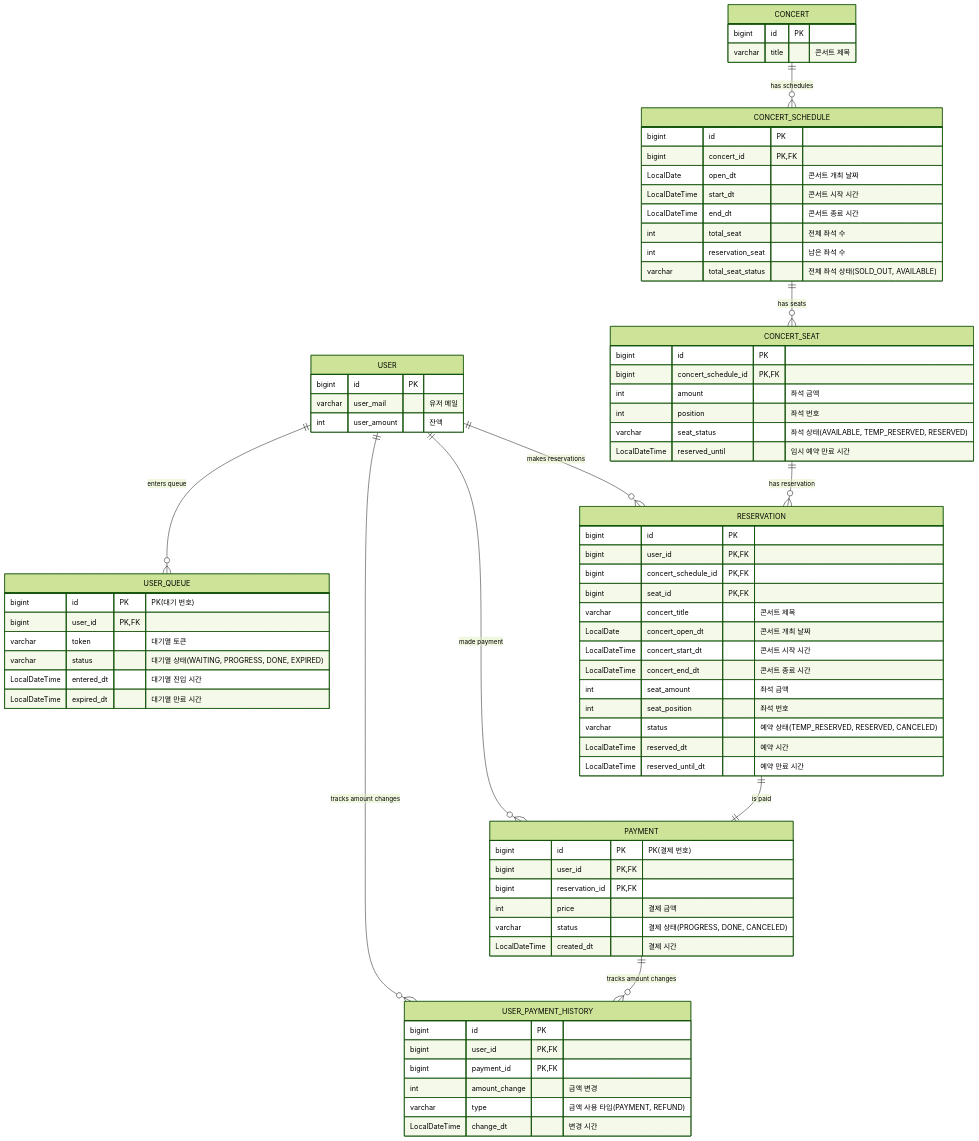
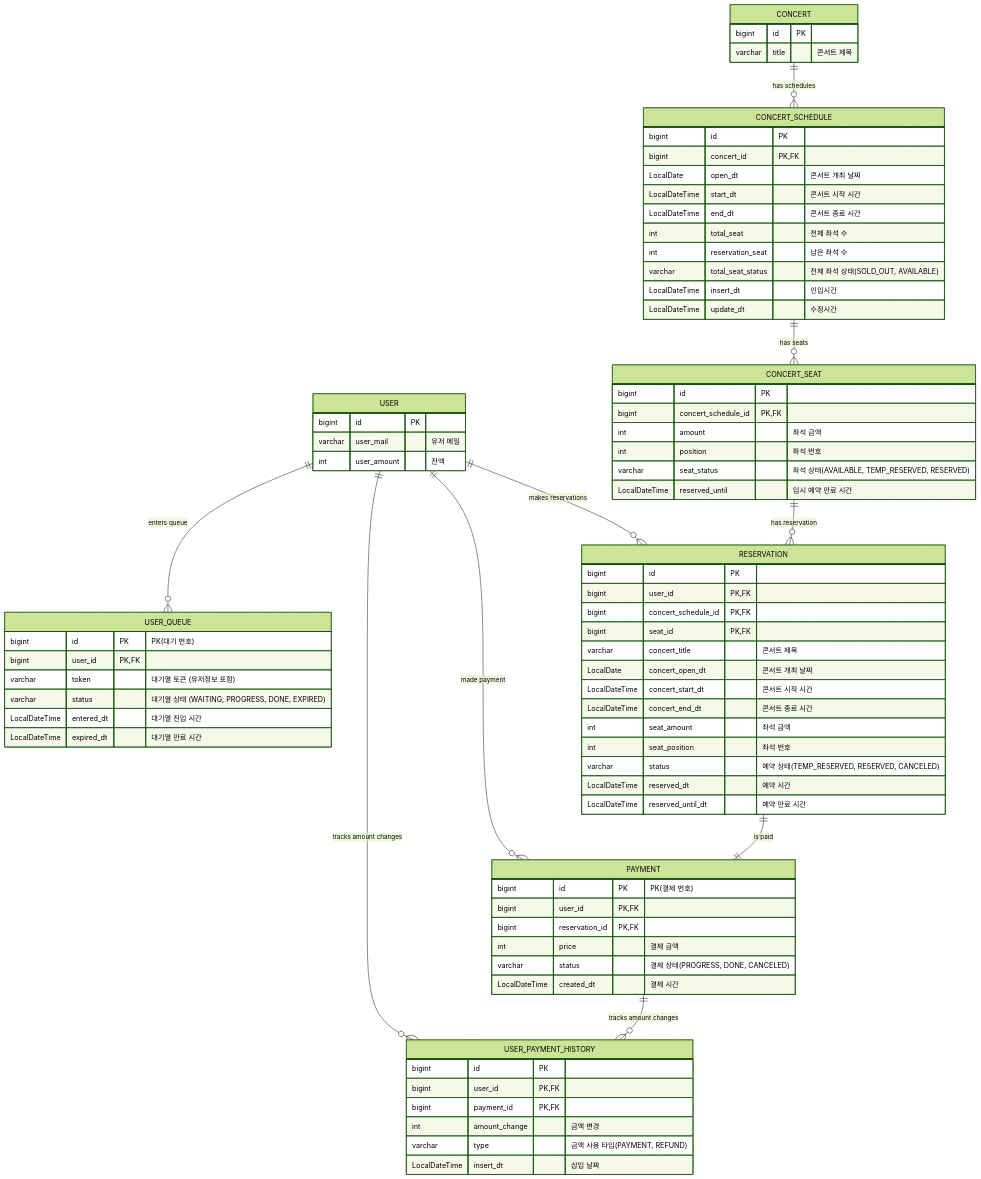
Before and after one commit to Cheondongmin/concert-java: the diagram in docs/erd.md, drawn with Mermaid (forest theme).

Commit message:
fix: erd 수정

```diff
--- a/docs/erd.md
+++ b/docs/erd.md
@@ -12,8 +12,8 @@
     USER_QUEUE {
         bigint id PK "PK(대기 번호)"
         bigint user_id PK, FK
-        varchar token "대기열 토큰"
-        varchar status "대기열 상태(WAITING, PROGRESS, DONE, EXPIRED)"
+        varchar token "대기열 토큰 (유저정보 포함)"
+        varchar status "대기열 상태 (WAITING, PROGRESS, DONE, EXPIRED)"
         LocalDateTime entered_dt "대기열 진입 시간"
         LocalDateTime expired_dt "대기열 만료 시간"
     }
@@ -41,6 +41,8 @@
         int total_seat "전체 좌석 수"
         int reservation_seat "남은 좌석 수"
         varchar total_seat_status "전체 좌석 상태(SOLD_OUT, AVAILABLE)"
+        LocalDateTime insert_dt "인입시간"
+        LocalDateTime update_dt "수정시간"
     }
 
     CONCERT_SEAT {
@@ -74,7 +76,7 @@
         bigint payment_id PK, FK
         int amount_change "금액 변경"
         varchar type "금액 사용 타입(PAYMENT, REFUND)"
-        LocalDateTime change_dt "변경 시간"
+        LocalDateTime insert_dt "삽입 날짜"
     }
 
     CONCERT ||--o{ CONCERT_SCHEDULE: "has schedules"
```
